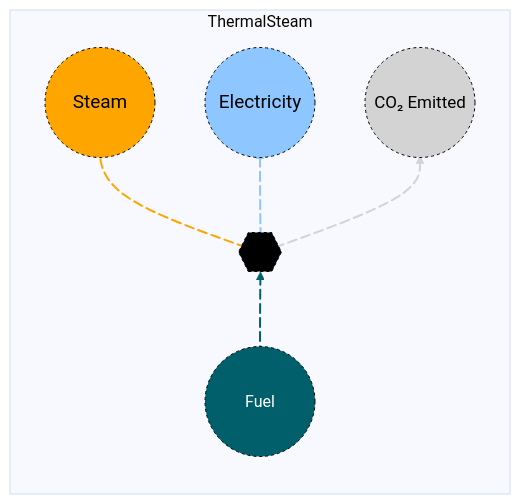
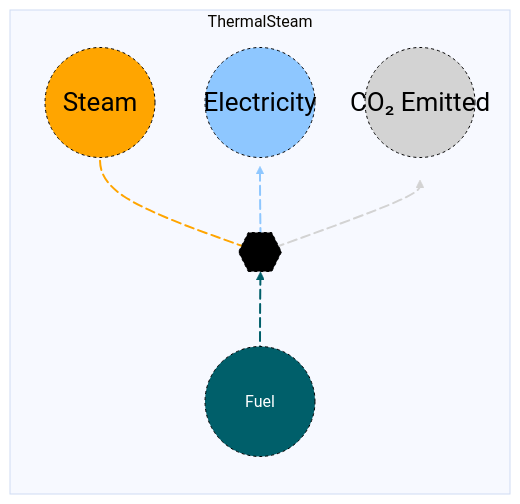
Before and after one commit to acheng1757/MacroEnergy-Abbie.jl: the diagram in docs/src/Manual/assets/thermalsteam.md, drawn with Mermaid. The commit also changed 3 other files, not shown here.

Commit message:
Updated font size of graphs

````diff
--- a/docs/src/Manual/assets/thermalsteam.md
+++ b/docs/src/Manual/assets/thermalsteam.md
@@ -25,26 +25,26 @@
 ```mermaid
 %%{init: {'theme': 'base', 'themeVariables': { 'background': '#D1EBDE' }}}%%
 flowchart LR
   subgraph ThermalSteam
   direction BT
   A((Fuel)) e1@ --> B{{..}}
   B e2@ --> C((Steam))
   B e3@ --> D((Electricity))
   B e4@ --> E((CO₂ Emitted))
   e1@{animate: true}
   e2@{animate: true}
   e3@{animate: true}
   e4@{animate: true}
  end
     style A r:55px,fill:#005F6A,stroke:black,color:white,stroke-dasharray: 3,5;
     style B r:55px,fill:black,stroke:black,color:black,stroke-dasharray: 3,5;
-    style C font-size:19px,r:55px,fill:#FFA500,stroke:black,color:black,stroke-dasharray: 3,5;
-    style D font-size:19px,r:55px,fill:#8EC7FF,stroke:black,color:black,stroke-dasharray: 3,5;
-    style E font-size:17px,r:55px,fill:lightgray,stroke:black,color:black,stroke-dasharray: 3,5;
+    style C font-size:26px,r:55px,fill:#FFA500,stroke:black,color:black,stroke-dasharray: 3,5;
+    style D font-size:26px,r:55px,fill:#8EC7FF,stroke:black,color:black,stroke-dasharray: 3,5;
+    style E font-size:26px,r:55px,fill:lightgray,stroke:black,color:black,stroke-dasharray: 3,5;
 
   linkStyle 0 stroke:#005F6A, stroke-width: 2px;
   linkStyle 1 stroke:#FFA500, stroke-width: 2px;
   linkStyle 2 stroke:#8EC7FF, stroke-width: 2px;
   linkStyle 3 stroke:lightgray, stroke-width: 2px;
   
 ```
````
